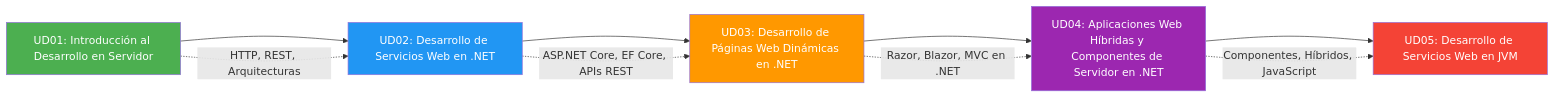
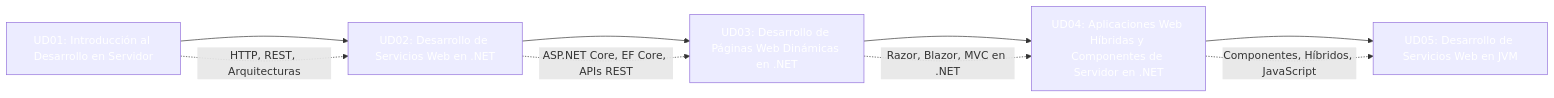
One commit to joseluisgs/DesarrolloWebEntornosServidor-01-2026-2027 changed the second of 2 diagrams in 25-resumen.md. Above: the diagram before and after it, drawn with Mermaid. The commit also changed other lines of this file and 66 other files, not shown here.

First line of the commit message:
fix: normalizar titulos al castellano de frase y corregir la paleta de mermaid

````diff
--- a/25-resumen.md
+++ b/25-resumen.md
@@ -565,18 +565,18 @@
 ```mermaid
 graph LR
     UD01[UD01: Introducción al Desarrollo en Servidor] --> UD02[UD02: Desarrollo de Servicios Web en .NET]
     UD02 --> UD03[UD03: Desarrollo de Páginas Web Dinámicas en .NET]
     UD03 --> UD04[UD04: Aplicaciones Web Híbridas y Componentes de Servidor en .NET]
     UD04 --> UD05[UD05: Desarrollo de Servicios Web en JVM]
 
     UD01 -.->|HTTP, REST, Arquitecturas| UD02
     UD02 -.->|ASP.NET Core, EF Core, APIs REST| UD03
     UD03 -.->|Razor, Blazor, MVC en .NET| UD04
     UD04 -.->|Componentes, Híbridos, JavaScript| UD05
 
-    style UD01 fill:#4CAF50,color:#fff
-    style UD02 fill:#2196F3,color:#fff
-    style UD03 fill:#FF9800,color:#fff
-    style UD04 fill:#9C27B0,color:#fff
-    style UD05 fill:#f44336,color:#fff
+    style UD01 fill:#4CAF5,color:#fff0,color:#fff
+    style UD02 fill:#2196F,color:#fff3,color:#fff
+    style UD03 fill:#FF980,color:#fff0,color:#fff
+    style UD04 fill:#9C27B,color:#fff0,color:#fff
+    style UD05 fill:#f4433,color:#fff6,color:#fff
 ```
````
